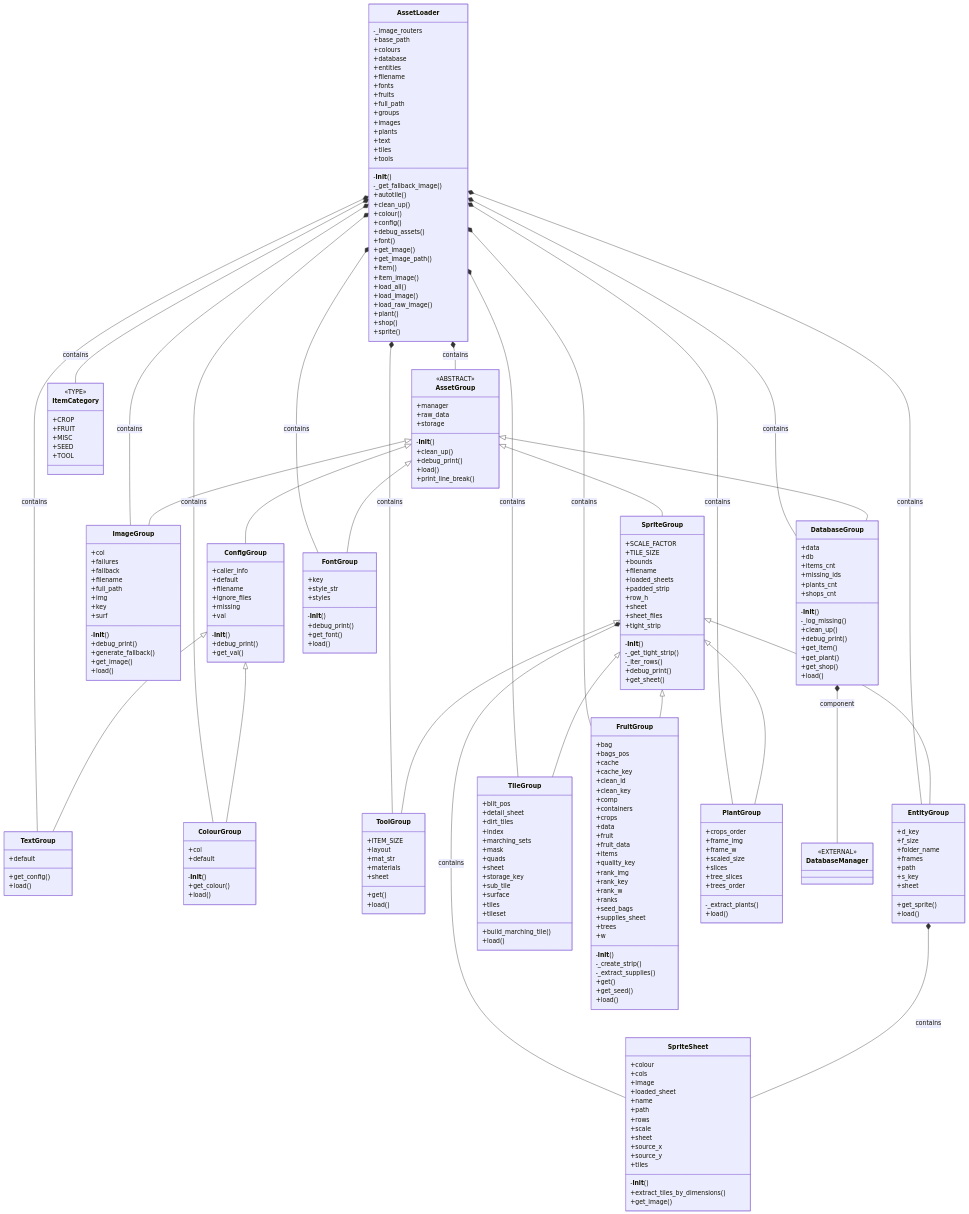
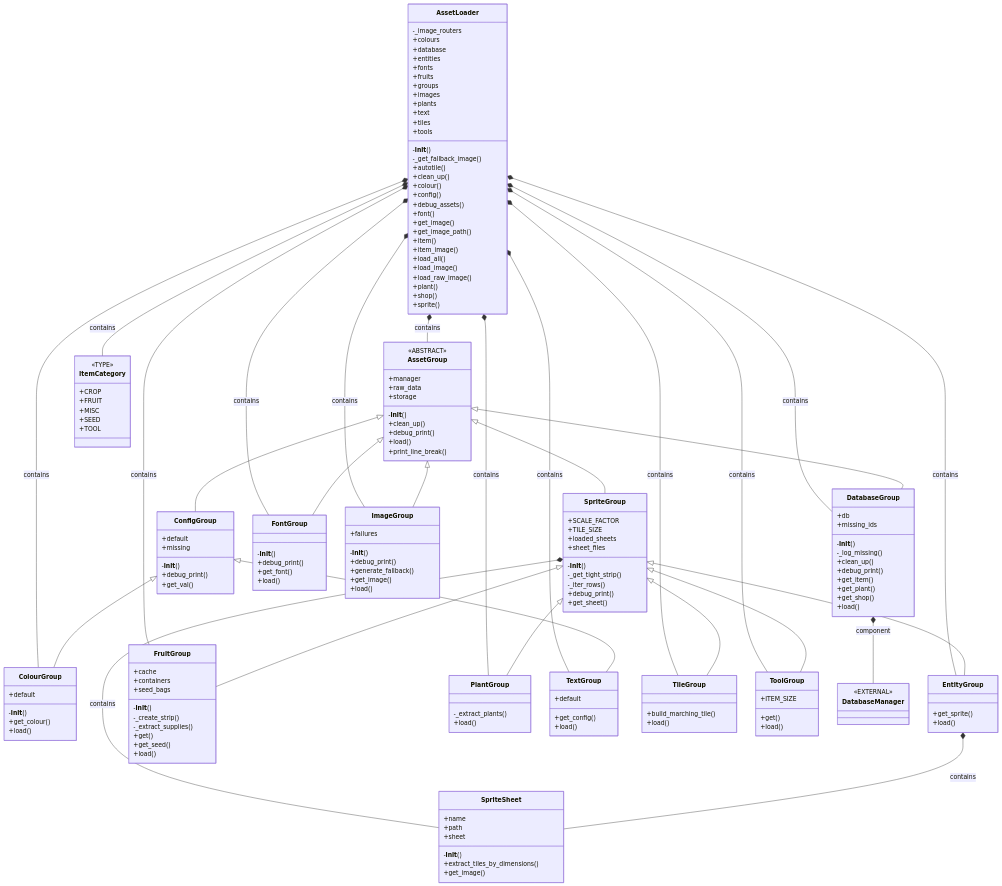
The diagram in uml/asset_loaders_uml.md (FlamboyantKiwi/Python-Plant-Sim), drawn with Mermaid before and after one commit. The commit also changed 16 other files, not shown here.

First line of the commit message:
Add wiki UML generator and refresh UML docs

````diff
--- a/uml/asset_loaders_uml.md
+++ b/uml/asset_loaders_uml.md
@@ -1,32 +1,32 @@
 ```mermaid
 classDiagram
-    ConfigGroup <|-- TextGroup
     ConfigGroup <|-- ColourGroup
-    AssetGroup <|-- ImageGroup
     AssetGroup <|-- ConfigGroup
-    AssetGroup <|-- SpriteGroup
-    SpriteGroup <|-- ToolGroup
     AssetGroup <|-- DatabaseGroup
     SpriteGroup <|-- EntityGroup
+    AssetGroup <|-- FontGroup
+    SpriteGroup <|-- FruitGroup
+    AssetGroup <|-- ImageGroup
+    SpriteGroup <|-- PlantGroup
+    AssetGroup <|-- SpriteGroup
+    ConfigGroup <|-- TextGroup
     SpriteGroup <|-- TileGroup
-    SpriteGroup <|-- FruitGroup
-    AssetGroup <|-- FontGroup
-    SpriteGroup <|-- PlantGroup
+    SpriteGroup <|-- ToolGroup
+    DatabaseGroup *-- DatabaseManager : component
+    AssetLoader *-- ColourGroup : contains
+    AssetLoader *-- FruitGroup : contains
     EntityGroup *-- SpriteSheet : contains
+    AssetLoader *-- FontGroup : contains
+    AssetLoader *-- ItemCategory : contains
+    AssetLoader *-- TileGroup : contains
+    AssetLoader *-- ImageGroup : contains
+    AssetLoader *-- ToolGroup : contains
+    AssetLoader *-- DatabaseGroup : contains
     SpriteGroup *-- SpriteSheet : contains
+    AssetLoader *-- TextGroup : contains
     AssetLoader *-- AssetGroup : contains
-    AssetLoader *-- DatabaseGroup : contains
+    AssetLoader *-- PlantGroup : contains
     AssetLoader *-- EntityGroup : contains
-    AssetLoader *-- ColourGroup : contains
-    AssetLoader *-- ImageGroup : contains
-    AssetLoader *-- TileGroup : contains
-    AssetLoader *-- PlantGroup : contains
-    AssetLoader *-- TextGroup : contains
-    AssetLoader *-- ToolGroup : contains
-    DatabaseGroup *-- DatabaseManager : component
-    AssetLoader *-- ItemCategory : contains
-    AssetLoader *-- FruitGroup : contains
-    AssetLoader *-- FontGroup : contains
     class DatabaseManager {
         <<EXTERNAL>>
     }
@@ -37,11 +37,6 @@
         +MISC
         +SEED
         +TOOL
-    }
-    class TextGroup {
-        +default
-        +get_config()
-        +load()
     }
     class AssetGroup {
         <<ABSTRACT>>
@@ -54,49 +49,13 @@
         +load()
         +print_line_break()
     }
-    class ColourGroup {
-        +col
-        +default
-        -__init__()
-        +get_colour()
-        +load()
-    }
-    class ImageGroup {
-        +col
-        +failures
-        +fallback
-        +filename
-        +full_path
-        +img
-        +key
-        +surf
-        -__init__()
-        +debug_print()
-        +generate_fallback()
-        +get_image()
-        +load()
-    }
-    class ConfigGroup {
-        +caller_info
-        +default
-        +filename
-        +ignore_files
-        +missing
-        +val
-        -__init__()
-        +debug_print()
-        +get_val()
-    }
     class AssetLoader {
         -_image_routers
-        +base_path
         +colours
         +database
         +entities
-        +filename
         +fonts
         +fruits
-        +full_path
         +groups
         +images
         +plants
@@ -122,56 +81,22 @@
         +shop()
         +sprite()
     }
-    class SpriteGroup {
-        +SCALE_FACTOR
-        +TILE_SIZE
-        +bounds
-        +filename
-        +loaded_sheets
-        +padded_strip
-        +row_h
-        +sheet
-        +sheet_files
-        +tight_strip
+    class ColourGroup {
+        +default
         -__init__()
-        -_get_tight_strip()
-        -_iter_rows()
-        +debug_print()
-        +get_sheet()
-    }
-    class SpriteSheet {
-        +colour
-        +cols
-        +image
-        +loaded_sheet
-        +name
-        +path
-        +rows
-        +scale
-        +sheet
-        +source_x
-        +source_y
-        +tiles
-        -__init__()
-        +extract_tiles_by_dimensions()
-        +get_image()
-    }
-    class ToolGroup {
-        +ITEM_SIZE
-        +layout
-        +mat_str
-        +materials
-        +sheet
-        +get()
+        +get_colour()
         +load()
     }
+    class ConfigGroup {
+        +default
+        +missing
+        -__init__()
+        +debug_print()
+        +get_val()
+    }
     class DatabaseGroup {
-        +data
         +db
-        +items_cnt
         +missing_ids
-        +plants_cnt
-        +shops_cnt
         -__init__()
         -_log_missing()
         +clean_up()
@@ -182,56 +107,19 @@
         +load()
     }
     class EntityGroup {
-        +d_key
-        +f_size
-        +folder_name
-        +frames
-        +path
-        +s_key
-        +sheet
         +get_sprite()
         +load()
     }
-    class TileGroup {
-        +blit_pos
-        +detail_sheet
-        +dirt_tiles
-        +index
-        +marching_sets
-        +mask
-        +quads
-        +sheet
-        +storage_key
-        +sub_tile
-        +surface
-        +tiles
-        +tileset
-        +build_marching_tile()
+    class FontGroup {
+        -__init__()
+        +debug_print()
+        +get_font()
         +load()
     }
     class FruitGroup {
-        +bag
-        +bags_pos
         +cache
-        +cache_key
-        +clean_id
-        +clean_key
-        +comp
         +containers
-        +crops
-        +data
-        +fruit
-        +fruit_data
-        +items
-        +quality_key
-        +rank_img
-        +rank_key
-        +rank_w
-        +ranks
         +seed_bags
-        +supplies_sheet
-        +trees
-        +w
         -__init__()
         -_create_strip()
         -_extract_supplies()
@@ -239,24 +127,49 @@
         +get_seed()
         +load()
     }
-    class FontGroup {
-        +key
-        +style_str
-        +styles
+    class ImageGroup {
+        +failures
         -__init__()
         +debug_print()
-        +get_font()
+        +generate_fallback()
+        +get_image()
         +load()
     }
     class PlantGroup {
-        +crops_order
-        +frame_img
-        +frame_w
-        +scaled_size
-        +slices
-        +tree_slices
-        +trees_order
         -_extract_plants()
         +load()
     }
+    class SpriteSheet {
+        +name
+        +path
+        +sheet
+        -__init__()
+        +extract_tiles_by_dimensions()
+        +get_image()
+    }
+    class SpriteGroup {
+        +SCALE_FACTOR
+        +TILE_SIZE
+        +loaded_sheets
+        +sheet_files
+        -__init__()
+        -_get_tight_strip()
+        -_iter_rows()
+        +debug_print()
+        +get_sheet()
+    }
+    class TextGroup {
+        +default
+        +get_config()
+        +load()
+    }
+    class TileGroup {
+        +build_marching_tile()
+        +load()
+    }
+    class ToolGroup {
+        +ITEM_SIZE
+        +get()
+        +load()
+    }
 ```
````
